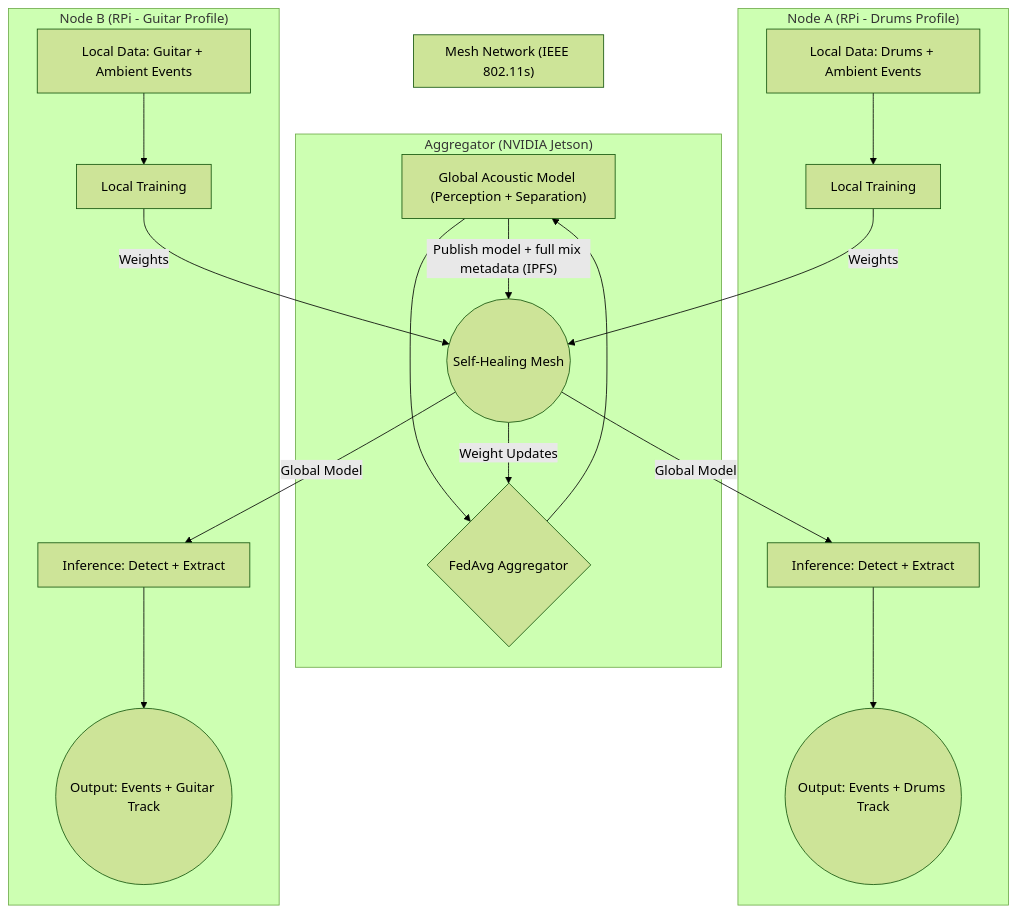
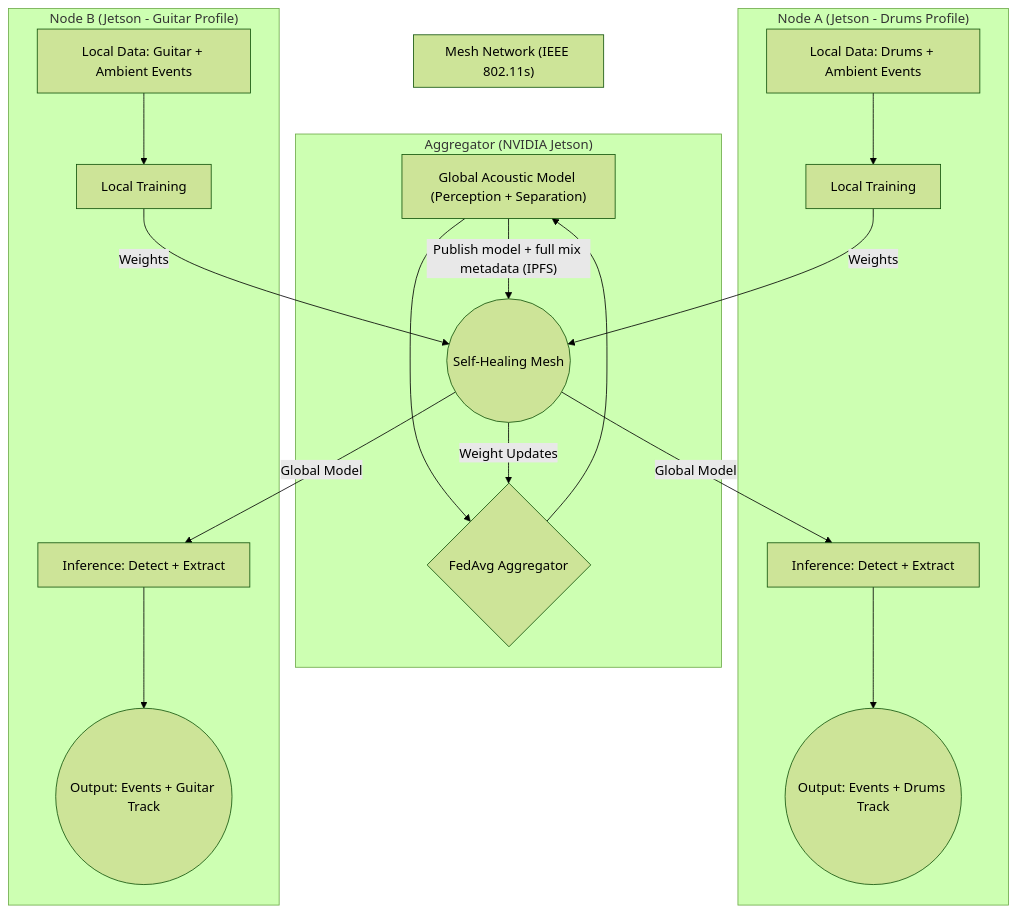
The first of 2 diagrams in MobFedLS/docs/flaps/rsa-proj-flaps.md (RubenCGomes/RSA_FLAPS), drawn with Mermaid (forest theme) before and after one commit. The commit also changed other lines of this file and 36 other files, not shown here.

````diff
--- a/MobFedLS/docs/flaps/rsa-proj-flaps.md
+++ b/MobFedLS/docs/flaps/rsa-proj-flaps.md
@@ -51,28 +50,28 @@
 ```mermaid
 graph TD
     subgraph "Aggregator (NVIDIA Jetson)"
         A["Global Acoustic Model (Perception + Separation)"] --> B{FedAvg Aggregator}
         B --> A
         A -- "Publish model + full mix metadata (IPFS)" --> C
     end
 
     subgraph "Mesh Network (IEEE 802.11s)"
         C((Self-Healing Mesh))
     end
 
-    subgraph "Node A (RPi - Drums Profile)"
+    subgraph "Node A (Jetson - Drums Profile)"
         D1[Local Data: Drums + Ambient Events] --> E1[Local Training]
         E1 -- "Weights" --> C
         C -- "Global Model" --> G1[Inference: Detect + Extract]
         G1 --> H1((Output: Events + Drums Track))
     end
 
-    subgraph "Node B (RPi - Guitar Profile)"
+    subgraph "Node B (Jetson - Guitar Profile)"
         D2[Local Data: Guitar + Ambient Events] --> E2[Local Training]
         E2 -- "Weights" --> C
         C -- "Global Model" --> G2[Inference: Detect + Extract]
         G2 --> H2((Output: Events + Guitar Track))
     end
 
     C -- "Weight Updates" --> B
 ```
````
